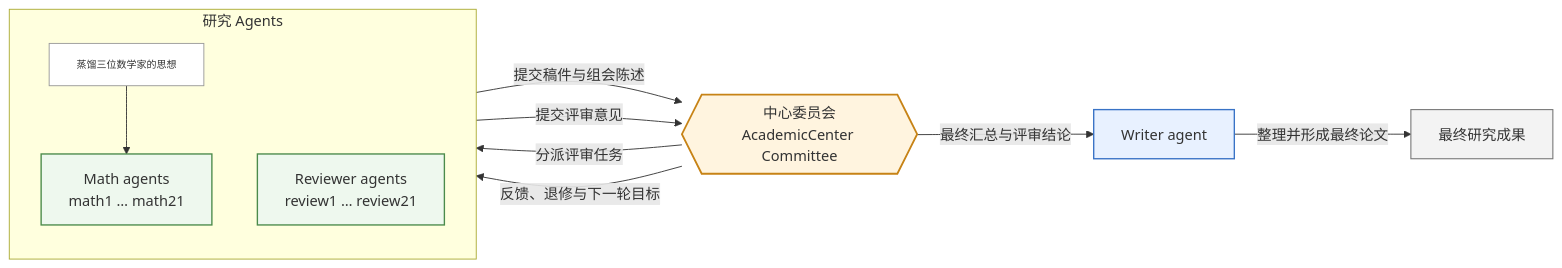
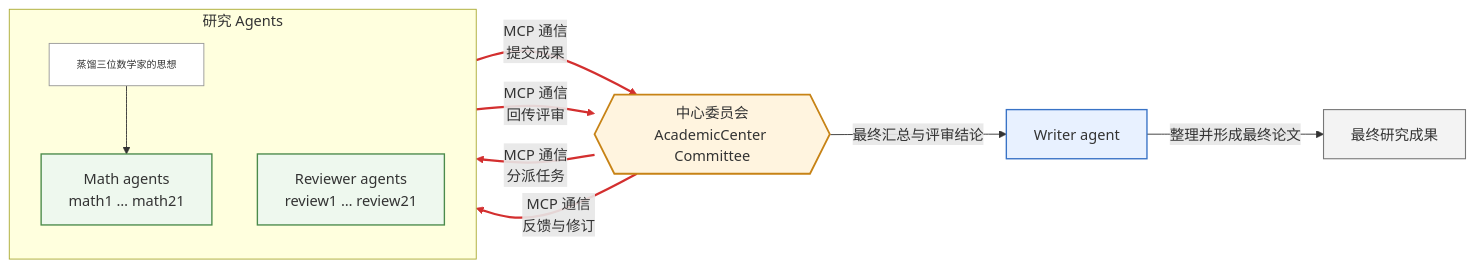
The diagram in 03/slide.md (pillow0705/26springFu_research), drawn with Mermaid before and after one commit. The commit also changed other lines of this file, not shown here.

Commit message:
Highlight MCP communication in architecture diagram

````diff
--- a/03/slide.md
+++ b/03/slide.md
@@ -31,31 +31,33 @@
 ```mermaid
 flowchart LR
     subgraph AGENTS[研究 Agents]
         direction TB
         D[蒸馏三位数学家的思想] --> M
         M[Math agents<br/>math1 … math21]
         R[Reviewer agents<br/>review1 … review21]
     end
 
     C{{中心委员会<br/>AcademicCenter Committee}}
     W[Writer agent]
     O[最终研究成果]
 
-    M -->|提交稿件与组会陈述| C
-    C -->|分派评审任务| R
-    R -->|提交评审意见| C
-    C -->|反馈、退修与下一轮目标| M
+    M -->|MCP 通信<br/>提交成果| C
+    C -->|MCP 通信<br/>分派任务| R
+    R -->|MCP 通信<br/>回传评审| C
+    C -->|MCP 通信<br/>反馈与修订| M
     C -->|最终汇总与评审结论| W
     W -->|整理并形成最终论文| O
+
+    linkStyle 1,2,3,4 stroke:#d32f2f,stroke-width:2.5px;
 
     classDef agent fill:#eef8ee,stroke:#4b8b4b,stroke-width:1.5px;
     classDef committee fill:#fff4df,stroke:#c78316,stroke-width:2px;
     classDef writer fill:#e8f1ff,stroke:#3973c6,stroke-width:1.5px;
     classDef output fill:#f3f3f3,stroke:#777,stroke-width:1.2px;
     classDef note fill:#ffffff,stroke:#999,stroke-width:1px,font-size:11px;
     class M,R agent;
     class C committee;
     class W writer;
     class O output;
     class D note;
 ```
````
